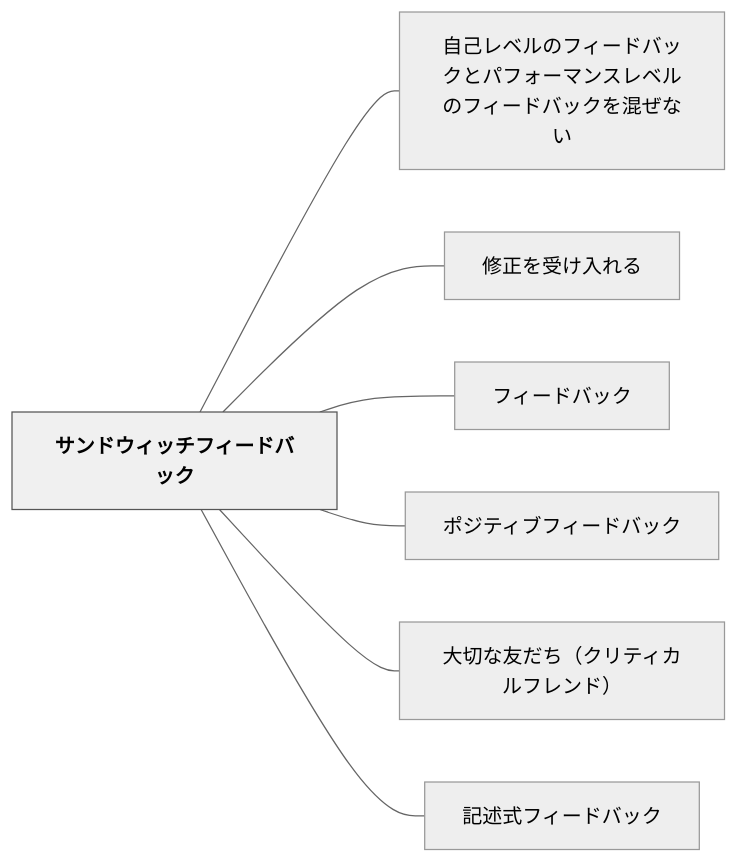
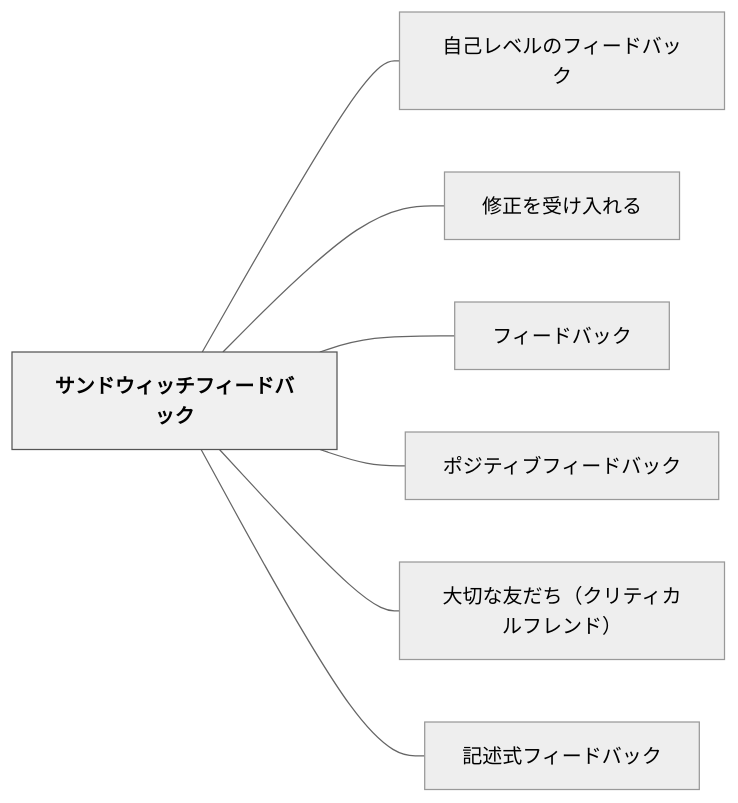
One commit to unknownthings-ed-patterns/unknownthings-ed-patterns changed the diagram in content/パタン/サンドウィッチフィードバック.md. Above: the diagram before and after it, drawn with Mermaid (neutral theme). The commit also changed other lines of this file and 72 other files, not shown here.

````diff
--- a/content/パタン/サンドウィッチフィードバック.md
+++ b/content/パタン/サンドウィッチフィードバック.md
@@ -64,20 +64,20 @@
 ```mermaid
 flowchart LR
     ne382b5e383b3e38389e382a6e382a3e38383e38381e38395e382a3e383bce38389e38390e38383e382af["サンドウィッチフィードバック"]
-    ne887aae5b7b1e383ace38399e383abe381aee38395e382a3e383bce38389e38390e38383e382afe381a8e38391e38395e382a9e383bce3839ee383b3e382b9e383ace38399e383abe381aee38395e382a3e383bce38389e38390e38383e382afe38292e6b7b7e3819ce381aae38184["自己レベルのフィードバックとパフォーマンスレベルのフィードバックを混ぜない"]
+    ne887aae5b7b1e383ace38399e383abe381aee38395e382a3e383bce38389e38390e38383e382af["自己レベルのフィードバック"]
     ne4bfaee6ada3e38292e58f97e38191e585a5e3828ce3828b["修正を受け入れる"]
     ne38395e382a3e383bce38389e38390e38383e382af["フィードバック"]
     ne3839de382b8e38386e382a3e38396e38395e382a3e383bce38389e38390e38383e382af["ポジティブフィードバック"]
     ne5a4a7e58887e381aae58f8be381a0e381a1efbc88e382afe383aae38386e382a3e382abe383abe38395e383ace383b3e38389efbc89["大切な友だち（クリティカルフレンド）"]
     ne8a898e8bfb0e5bc8fe38395e382a3e383bce38389e38390e38383e382af["記述式フィードバック"]
 
-    ne382b5e383b3e38389e382a6e382a3e38383e38381e38395e382a3e383bce38389e38390e38383e382af --- ne887aae5b7b1e383ace38399e383abe381aee38395e382a3e383bce38389e38390e38383e382afe381a8e38391e38395e382a9e383bce3839ee383b3e382b9e383ace38399e383abe381aee38395e382a3e383bce38389e38390e38383e382afe38292e6b7b7e3819ce381aae38184
+    ne382b5e383b3e38389e382a6e382a3e38383e38381e38395e382a3e383bce38389e38390e38383e382af --- ne887aae5b7b1e383ace38399e383abe381aee38395e382a3e383bce38389e38390e38383e382af
     ne382b5e383b3e38389e382a6e382a3e38383e38381e38395e382a3e383bce38389e38390e38383e382af --- ne4bfaee6ada3e38292e58f97e38191e585a5e3828ce3828b
     ne382b5e383b3e38389e382a6e382a3e38383e38381e38395e382a3e383bce38389e38390e38383e382af --- ne38395e382a3e383bce38389e38390e38383e382af
     ne382b5e383b3e38389e382a6e382a3e38383e38381e38395e382a3e383bce38389e38390e38383e382af --- ne3839de382b8e38386e382a3e38396e38395e382a3e383bce38389e38390e38383e382af
     ne382b5e383b3e38389e382a6e382a3e38383e38381e38395e382a3e383bce38389e38390e38383e382af --- ne5a4a7e58887e381aae58f8be381a0e381a1efbc88e382afe383aae38386e382a3e382abe383abe38395e383ace383b3e38389efbc89
     ne382b5e383b3e38389e382a6e382a3e38383e38381e38395e382a3e383bce38389e38390e38383e382af --- ne8a898e8bfb0e5bc8fe38395e382a3e383bce38389e38390e38383e382af
 
     classDef hub fill:#f0f0f0,stroke:#555,color:#000,font-weight:bold
     class ne382b5e383b3e38389e382a6e382a3e38383e38381e38395e382a3e383bce38389e38390e38383e382af hub
 ```
````
